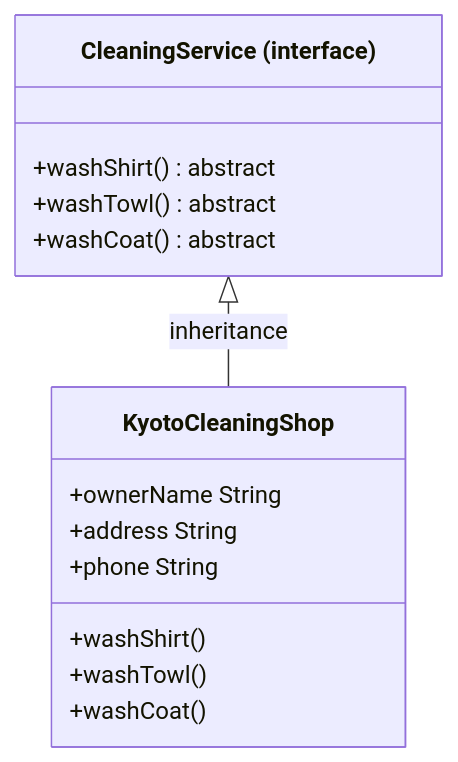
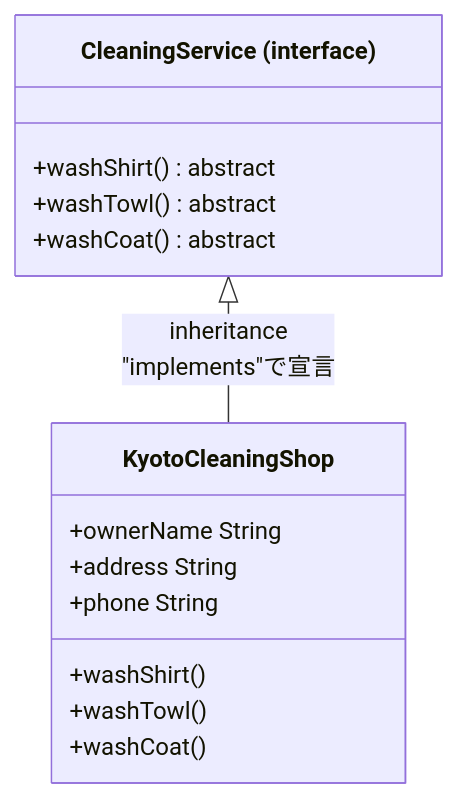
Before and after one commit to naorex/Sukkiri_Java_beginner: the first of 2 diagrams in chapter5/Class.md, drawn with Mermaid. The commit also changed other lines of this file and 3 other files, not shown here.

````diff
--- a/chapter5/Class.md
+++ b/chapter5/Class.md
@@ -1,20 +1,20 @@
 ```mermaid
 classDiagram
 
 class CleaningService["CleaningService (interface)"]{
     +washShirt() abstract
     +washTowl() abstract
     +washCoat() abstract
 }
 
 class KyotoCleaningShop["KyotoCleaningShop"]{
     +ownerName String
     +address String
     +phone String
     +washShirt()
     +washTowl()
     +washCoat()
 }
 
-CleaningService <|-- KyotoCleaningShop : inheritance
+CleaningService <|-- KyotoCleaningShop : inheritance</br>"implements"で宣言
 ```
````
